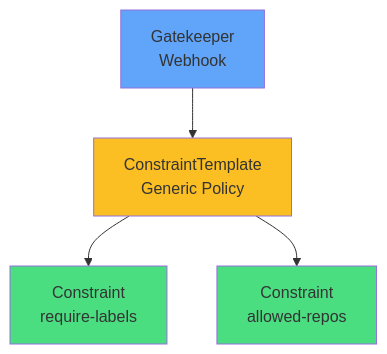
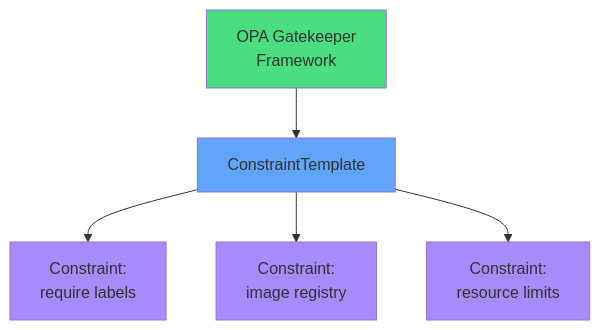
The fifth of 8 diagrams in slides/admission/slides.md (courselabs/kubernetes), drawn with Mermaid before and after one commit. The commit also changed other lines of this file and 7 other files, not shown here.

````diff
--- a/slides/admission/slides.md
+++ b/slides/admission/slides.md
@@ -274,11 +321,13 @@
 ```mermaid
 graph TB
-    G[Gatekeeper<br/>Webhook]
-    G --> CT[ConstraintTemplate<br/>Generic Policy]
-    CT --> C1[Constraint<br/>require-labels]
-    CT --> C2[Constraint<br/>allowed-repos]
-    style G fill:#60a5fa
-    style CT fill:#fbbf24
-    style C1 fill:#4ade80
-    style C2 fill:#4ade80
+    G[OPA Gatekeeper<br/>Framework]
+    G --> CT[ConstraintTemplate]
+    CT --> C1[Constraint:<br/>require labels]
+    CT --> C2[Constraint:<br/>image registry]
+    CT --> C3[Constraint:<br/>resource limits]
+    style G fill:#4ade80
+    style CT fill:#60a5fa
+    style C1 fill:#a78bfa
+    style C2 fill:#a78bfa
+    style C3 fill:#a78bfa
 ```
````
